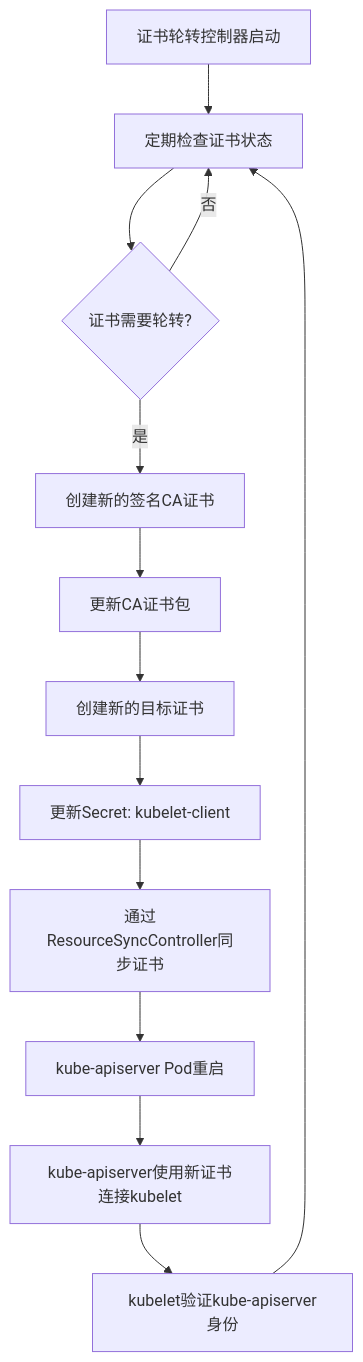
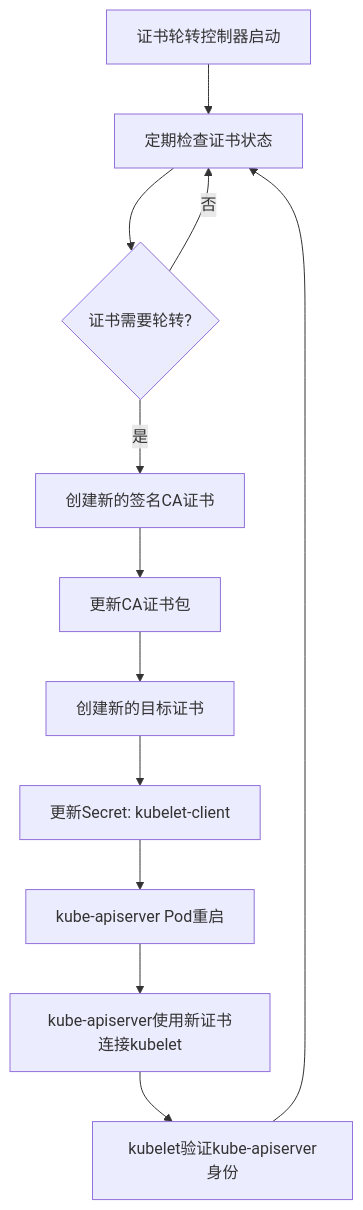
The second of 2 diagrams in wzh.doc/证书更替过程与监控方案.md (wangzheng422/cluster-kube-apiserver-operator), drawn with Mermaid before and after one commit.

````diff
--- a/wzh.doc/证书更替过程与监控方案.md
+++ b/wzh.doc/证书更替过程与监控方案.md
@@ -186,15 +186,14 @@
 ```mermaid
 flowchart TD
     A[证书轮转控制器启动] --> B[定期检查证书状态]
     B --> C{证书需要轮转?}
     C -->|否| B
     C -->|是| D[创建新的签名CA证书]
     D --> E[更新CA证书包]
     E --> F[创建新的目标证书]
     F --> G[更新Secret: kubelet-client]
-    G --> H[通过ResourceSyncController同步证书]
-    H --> I[kube-apiserver Pod重启]
+    G --> I[kube-apiserver Pod重启]
     I --> J[kube-apiserver使用新证书连接kubelet]
     J --> K[kubelet验证kube-apiserver身份]
     K --> B
 ```
````
